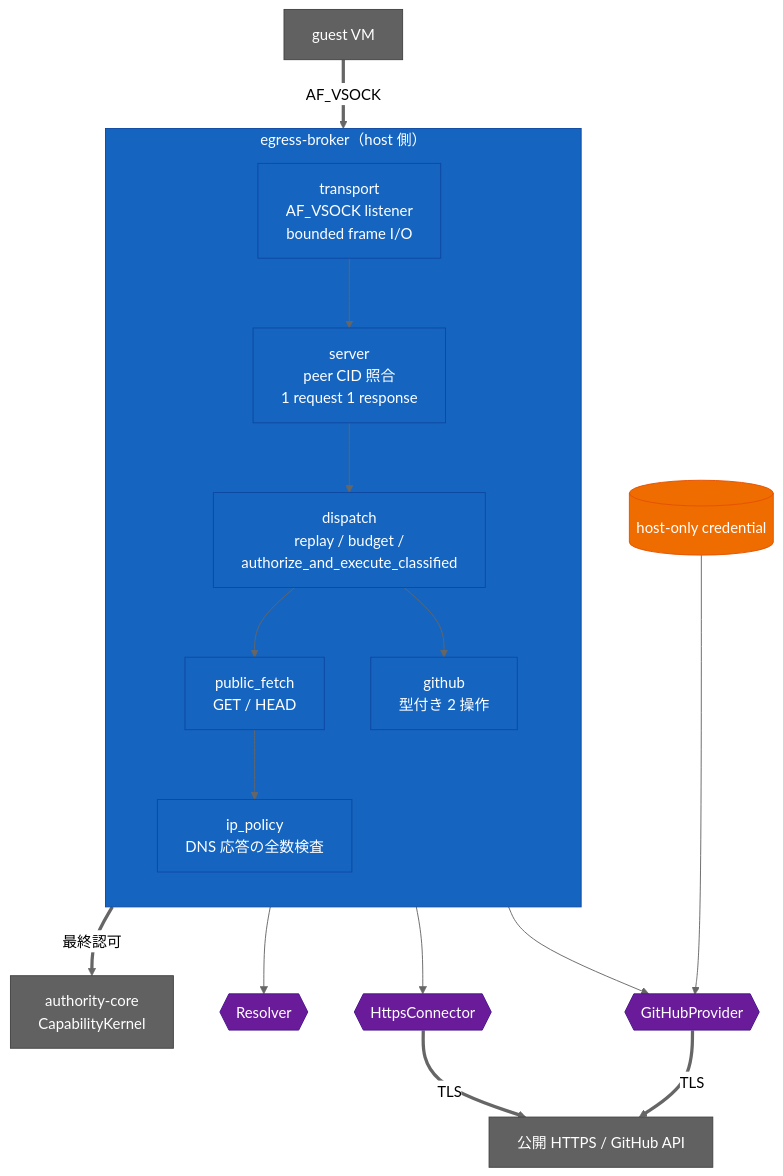
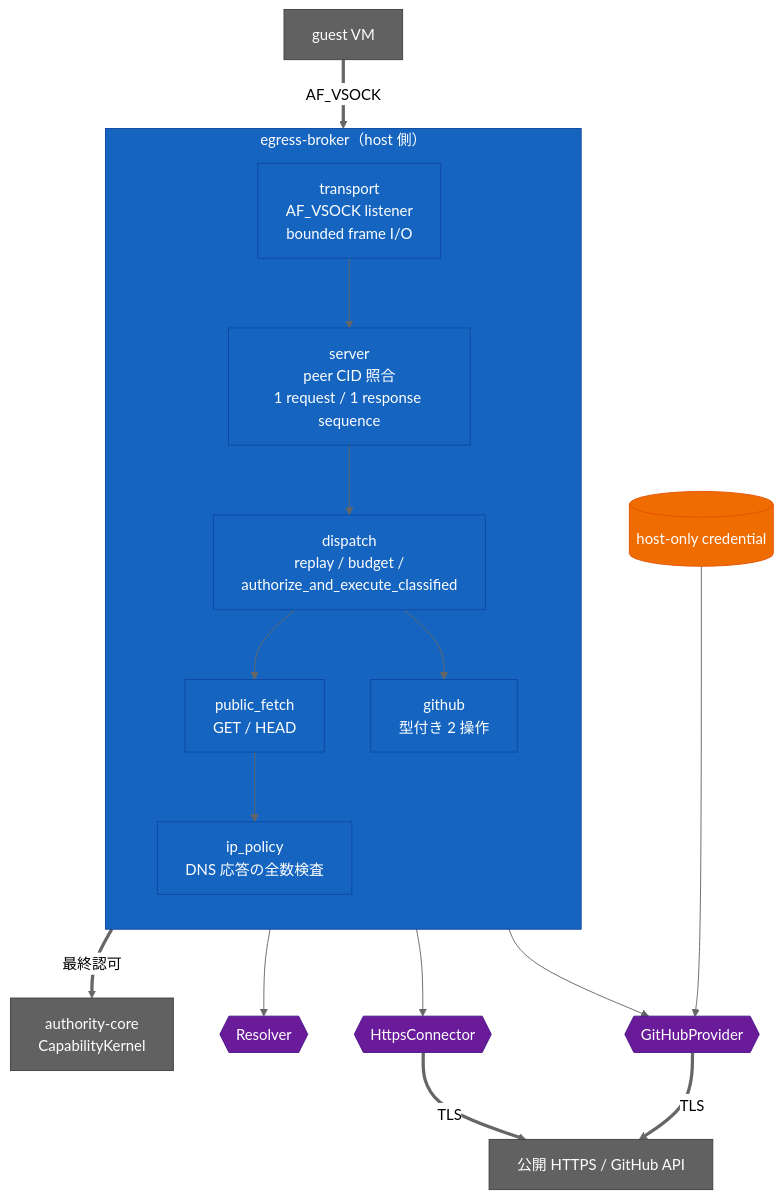
One commit to Aqua-218/SecCamp-AIAgent changed the diagram in docs/egress-broker/README.md. Above: the diagram before and after it, drawn with Mermaid (neutral theme). The commit also changed other lines of this file, not shown here.

Commit message:
docs(egress-broker): record how an oversized response is chunked

````diff
--- a/docs/egress-broker/README.md
+++ b/docs/egress-broker/README.md
@@ -23,44 +25,44 @@
 ```mermaid
 flowchart TB
     guestvm["guest VM"]
 
     subgraph eb["egress-broker（host 側）"]
         direction TB
         tr["transport<br/>AF_VSOCK listener<br/>bounded frame I/O"]
-        srv["server<br/>peer CID 照合<br/>1 request 1 response"]
+        srv["server<br/>peer CID 照合<br/>1 request / 1 response sequence"]
         disp["dispatch<br/>replay / budget /<br/>authorize_and_execute_classified"]
         pf["public_fetch<br/>GET / HEAD"]
         ip["ip_policy<br/>DNS 応答の全数検査"]
         gha["github<br/>型付き 2 操作"]
     end
 
     kernel["authority-core<br/>CapabilityKernel"]
     resolver{{"Resolver"}}
     connector{{"HttpsConnector"}}
     provider{{"GitHubProvider"}}
     cred[("host-only credential")]
     net["公開 HTTPS / GitHub API"]
 
     guestvm ==>|"AF_VSOCK"| tr
     tr --> srv
     srv --> disp
     disp ==>|"最終認可"| kernel
     disp --> pf
     disp --> gha
     pf --> ip
     ip --> resolver
     pf --> connector
     gha --> provider
     cred --> provider
     connector ==>|"TLS"| net
     provider ==>|"TLS"| net
 
     classDef host fill:#1565c0,color:#fff,stroke:#0d47a1;
     classDef seam fill:#6a1b9a,color:#fff,stroke:#4a148c;
     classDef data fill:#ef6c00,color:#fff,stroke:#e65100;
     classDef external fill:#616161,color:#fff,stroke:#424242;
     class eb,tr,srv,disp,pf,ip,gha host;
     class resolver,connector,provider seam;
     class kernel,guestvm,net external;
     class cred data;
 ```
````
